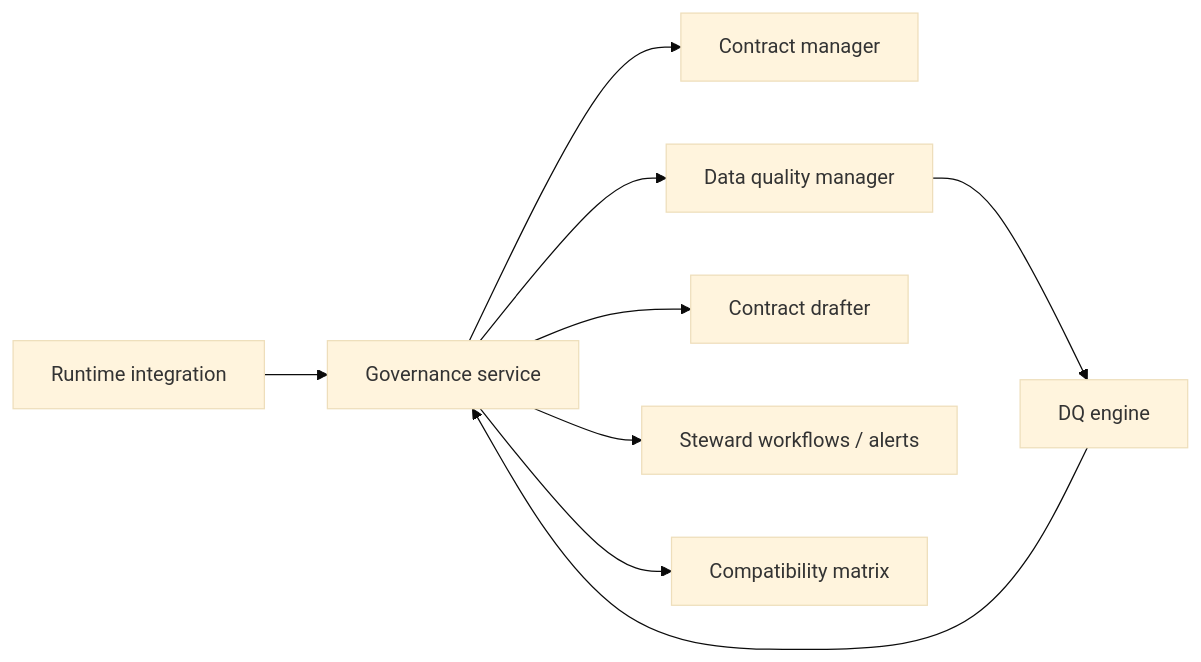
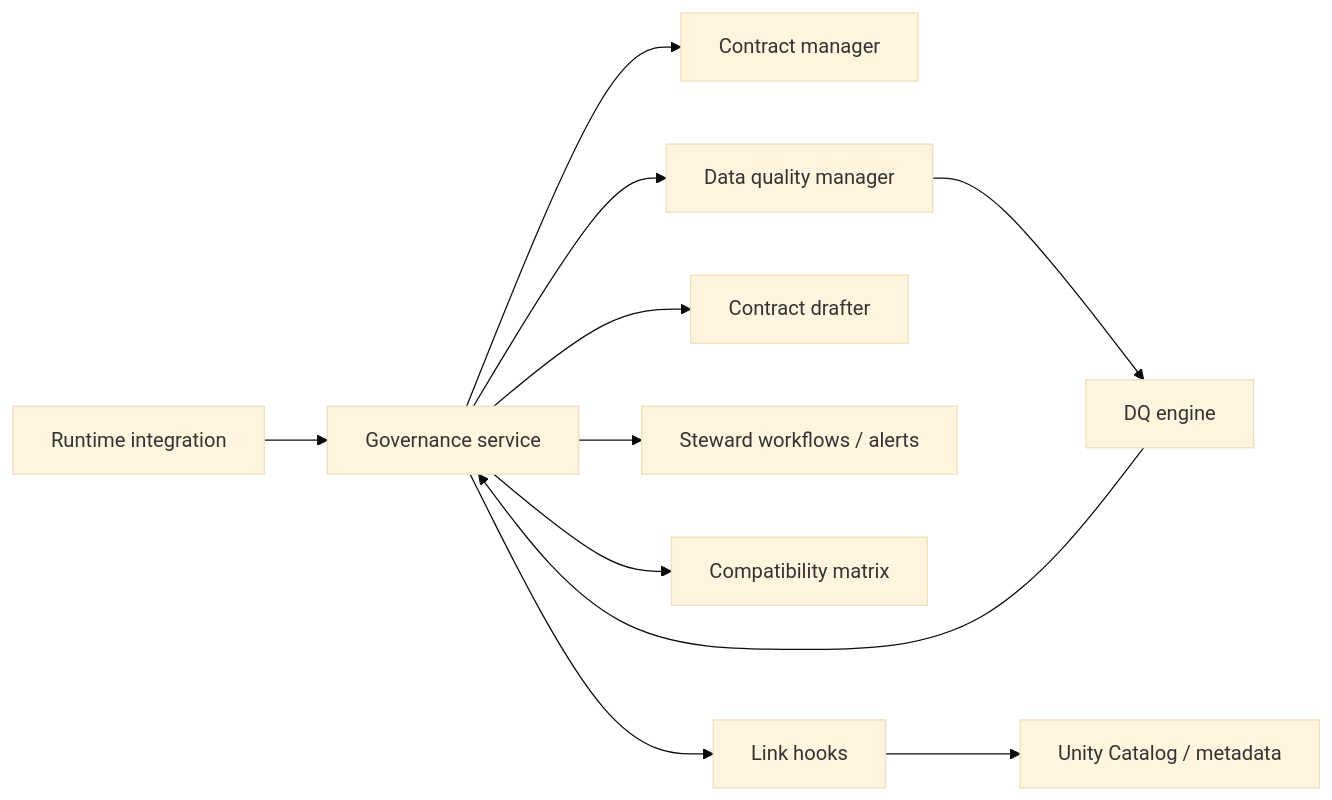
The diagram in docs/component-data-quality-governance.md (NextLab-SRL/dc43), drawn with Mermaid (base theme) before and after one commit. The commit also changed other lines of this file and 3 other files, not shown here.

Commit message:
docs: refresh architecture diagrams

````diff
--- a/docs/component-data-quality-governance.md
+++ b/docs/component-data-quality-governance.md
@@ -32,11 +32,13 @@
 ```mermaid
 flowchart LR
     Integration["Runtime integration"] --> Governance["Governance service"]
     Governance --> Contracts["Contract manager"]
     Governance --> DQMgr["Data quality manager"]
     DQMgr --> Engine["DQ engine"]
     Engine --> Governance
     Governance --> Drafts["Contract drafter"]
     Governance --> Stewardship["Steward workflows / alerts"]
     Governance --> Catalog["Compatibility matrix"]
+    Governance --> LinkHooks["Link hooks"]
+    LinkHooks --> Targets["Unity Catalog / metadata"]
 ```
````
